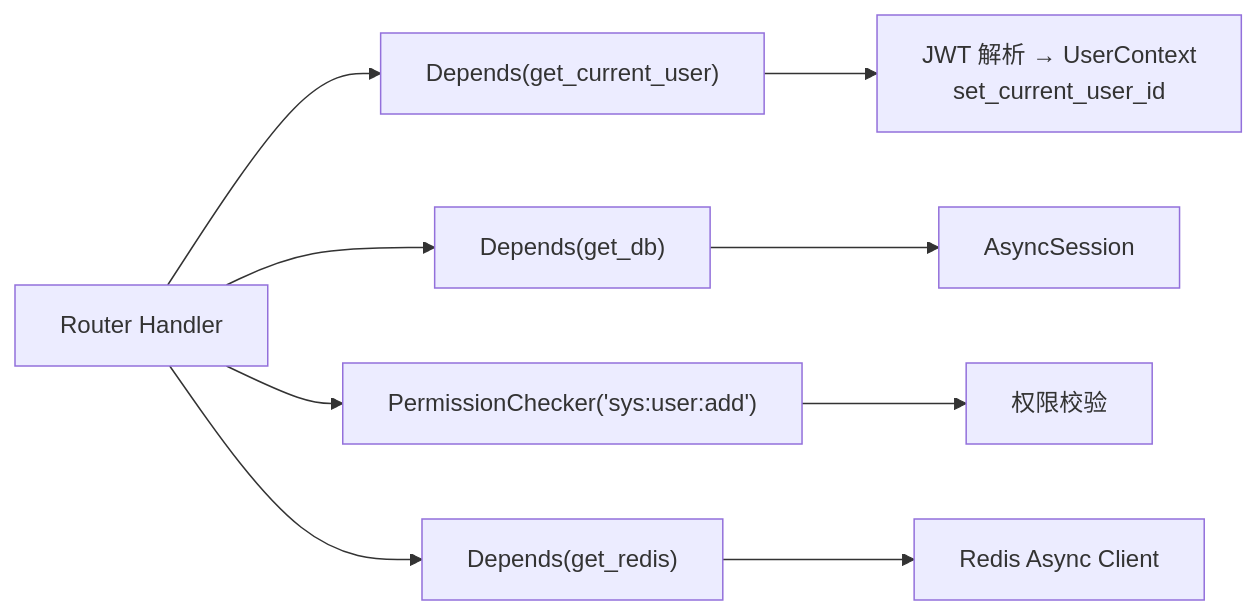
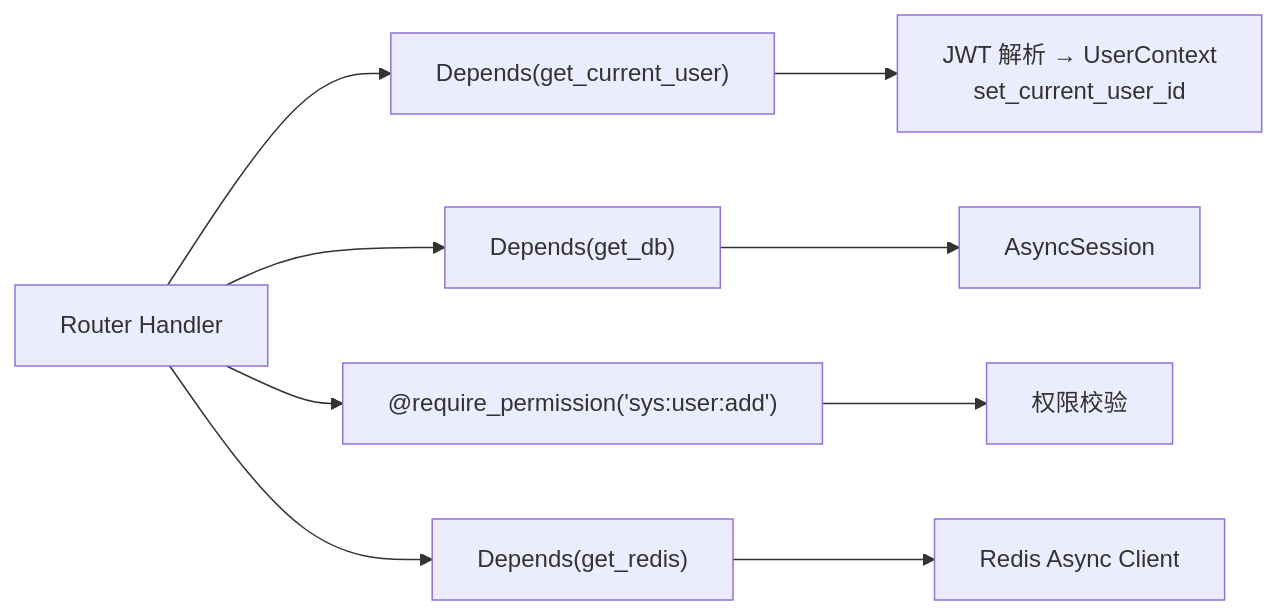
Before and after one commit to earthy-zinc/dehaze-system: the second of 15 diagrams in dehaze-doc/docs/02-系统架构/08-后端基础设施设计(Python).md, drawn with Mermaid. The commit also changed other lines of this file and 19 other files, not shown here.

````diff
--- a/dehaze-doc/docs/02-系统架构/08-后端基础设施设计(Python).md
+++ b/dehaze-doc/docs/02-系统架构/08-后端基础设施设计(Python).md
@@ -232,11 +234,11 @@
 ```mermaid
 flowchart LR
     Router["Router Handler"] --> Depends["Depends(get_current_user)"]
     Depends --> JWT["JWT 解析 → UserContext<br/>set_current_user_id"]
     Router --> Depends2["Depends(get_db)"]
     Depends2 --> Session["AsyncSession"]
-    Router --> Depends3["PermissionChecker('sys:user:add')"]
+    Router --> Depends3["@require_permission('sys:user:add')"]
     Depends3 --> Check["权限校验"]
     Router --> Depends4["Depends(get_redis)"]
     Depends4 --> Redis["Redis Async Client"]
 ```
````
